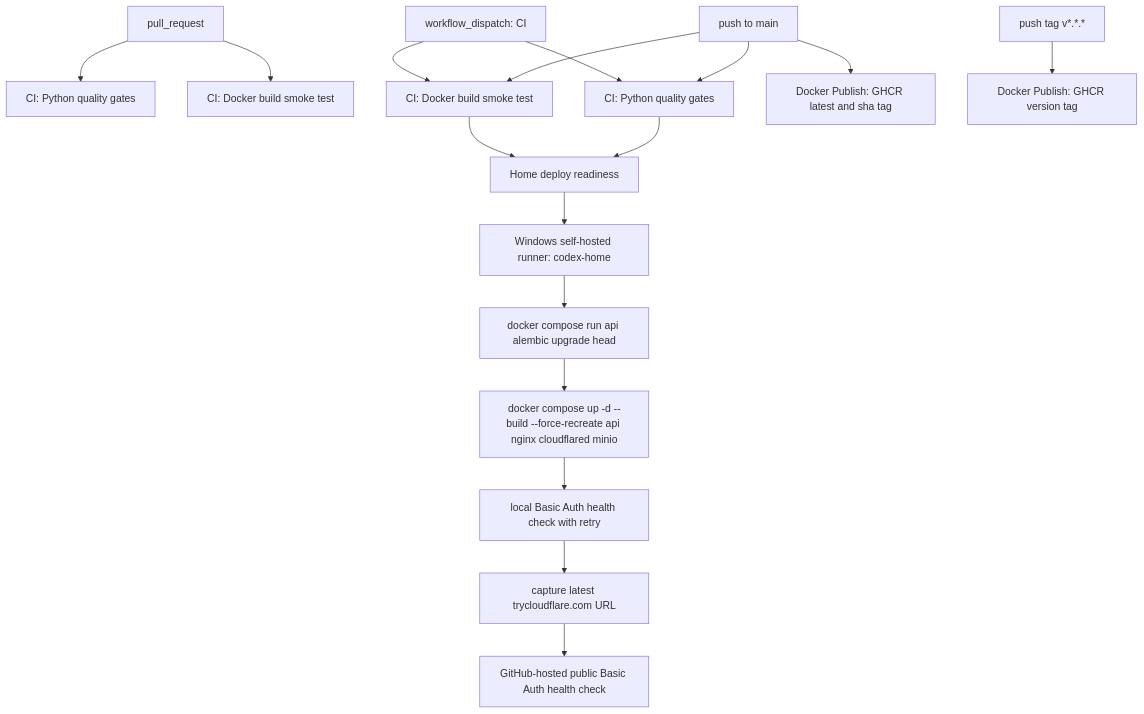
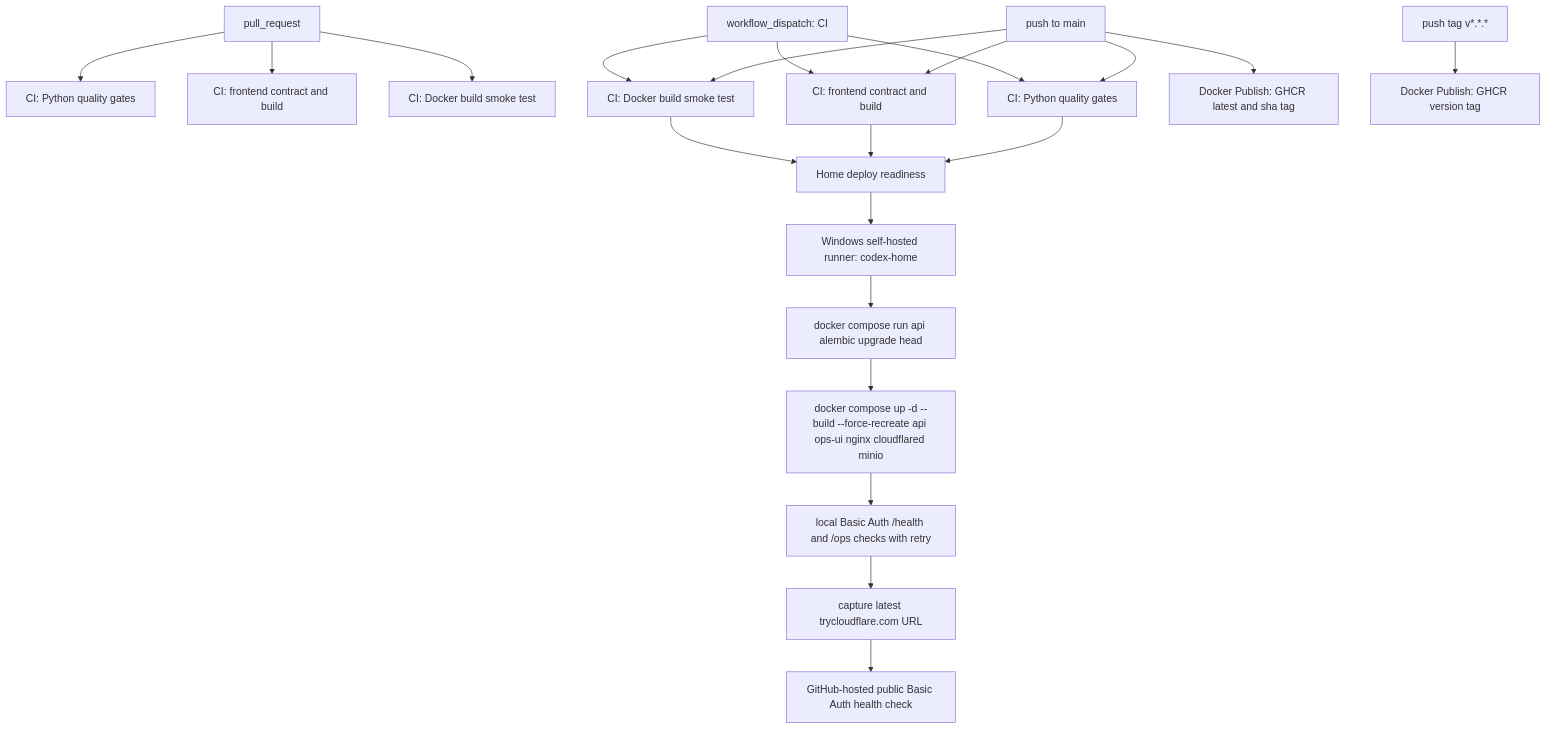
Before and after one commit to Mabaragi/codex-youtube-pipeline: the first of 5 diagrams in docs/CICD.md, drawn with Mermaid. The commit also changed other lines of this file and 80 other files, not shown here.

````diff
--- a/docs/CICD.md
+++ b/docs/CICD.md
@@ -15,22 +15,26 @@
 ```mermaid
 flowchart TD
     PR["pull_request"] --> QualityPR["CI: Python quality gates"]
+    PR --> FrontendPR["CI: frontend contract and build"]
     PR --> DockerPR["CI: Docker build smoke test"]
 
     Main["push to main"] --> QualityMain["CI: Python quality gates"]
+    Main --> FrontendMain["CI: frontend contract and build"]
     Main --> DockerMain["CI: Docker build smoke test"]
     Main --> PublishMain["Docker Publish: GHCR latest and sha tag"]
 
     QualityMain --> Preflight["Home deploy readiness"]
+    FrontendMain --> Preflight
     DockerMain --> Preflight
     Preflight --> HomeRunner["Windows self-hosted runner: codex-home"]
     HomeRunner --> Migration["docker compose run api alembic upgrade head"]
-    Migration --> ComposeDeploy["docker compose up -d --build --force-recreate api nginx cloudflared minio"]
-    ComposeDeploy --> LocalHealth["local Basic Auth health check with retry"]
+    Migration --> ComposeDeploy["docker compose up -d --build --force-recreate api ops-ui nginx cloudflared minio"]
+    ComposeDeploy --> LocalHealth["local Basic Auth /health and /ops checks with retry"]
     LocalHealth --> CaptureUrl["capture latest trycloudflare.com URL"]
     CaptureUrl --> PublicHealth["GitHub-hosted public Basic Auth health check"]
 
     Tag["push tag v*.*.*"] --> PublishTag["Docker Publish: GHCR version tag"]
     Manual["workflow_dispatch: CI"] --> QualityMain
+    Manual --> FrontendMain
     Manual --> DockerMain
 ```
````
